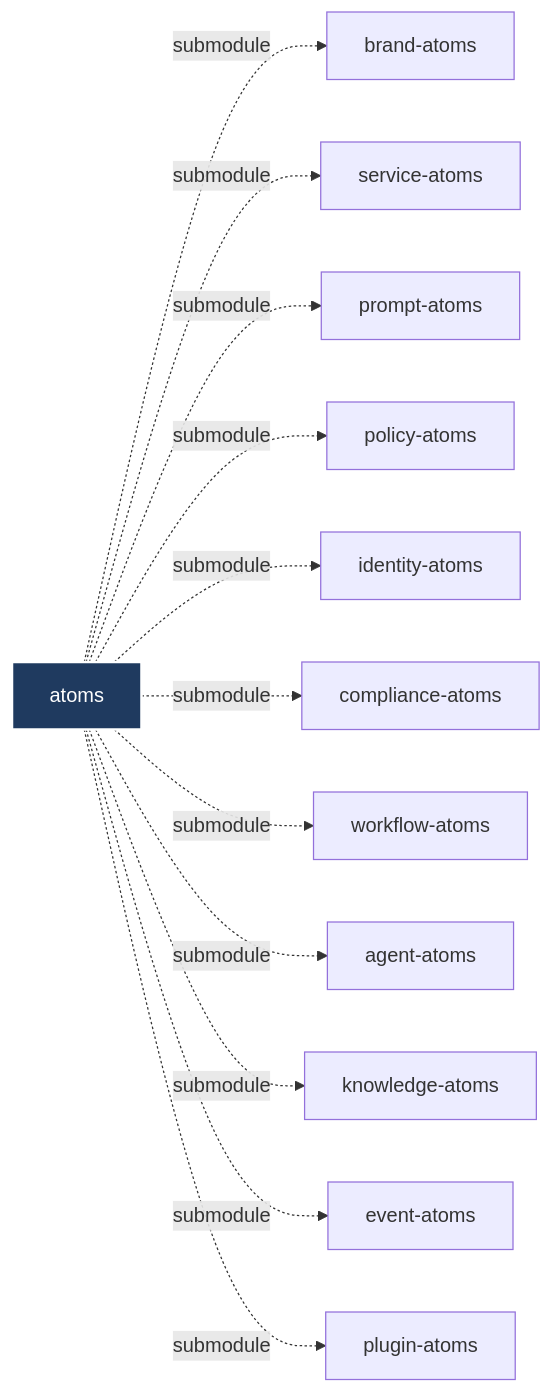
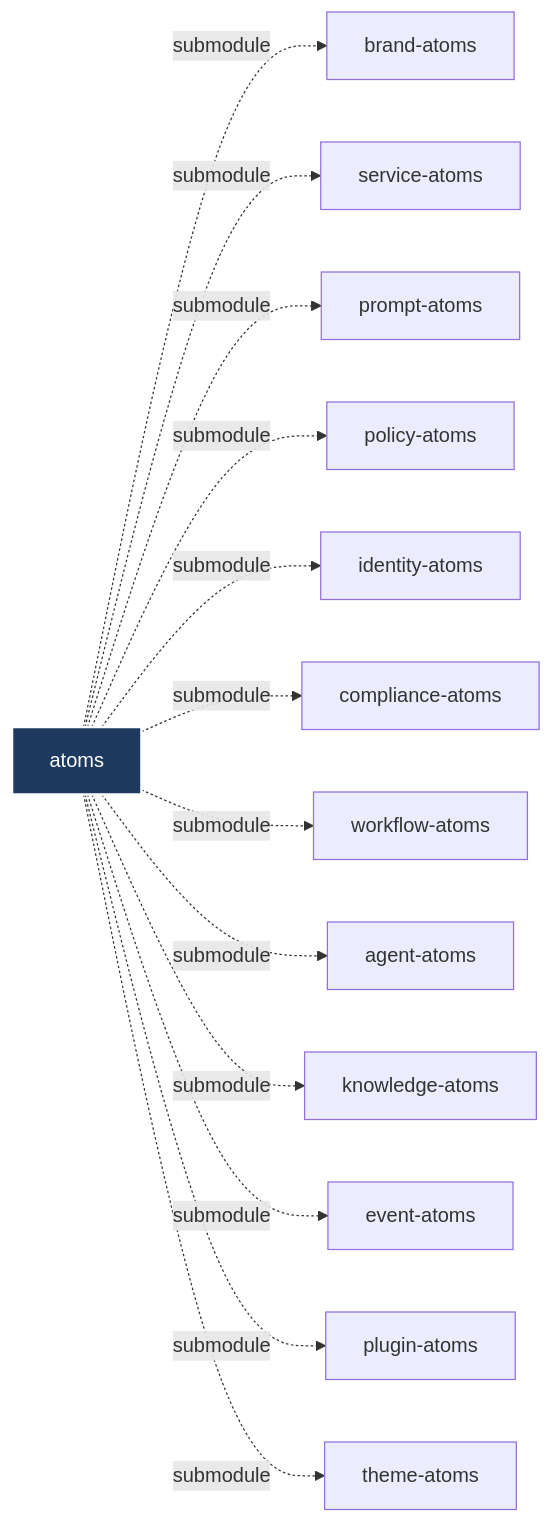
One commit to convergent-systems-co/atoms changed the diagram in README.md. Above: the diagram before and after it, drawn with Mermaid. The commit also changed other lines of this file and 1 other file, not shown here.

Commit message:
feat: add theme-atoms as 12th catalog submodule
theme-atoms.com newly acquired; catalogs theme primitives for
terminal, shell, editor, and TUI experiences. Surface-specific
extension layer on top of brand-atoms.

````diff
--- a/README.md
+++ b/README.md
@@ -11,16 +11,17 @@
 ```mermaid
 graph LR
     A[atoms]:::umbrella
     A -.->|submodule| BA[brand-atoms]
     A -.->|submodule| SA[service-atoms]
     A -.->|submodule| PA[prompt-atoms]
     A -.->|submodule| POL[policy-atoms]
     A -.->|submodule| IA[identity-atoms]
     A -.->|submodule| CA[compliance-atoms]
     A -.->|submodule| WA[workflow-atoms]
     A -.->|submodule| AA[agent-atoms]
     A -.->|submodule| KA[knowledge-atoms]
     A -.->|submodule| EA[event-atoms]
     A -.->|submodule| PLA[plugin-atoms]
+    A -.->|submodule| TA[theme-atoms]
     classDef umbrella fill:#1f3a5f,color:#fff,stroke:#fff,stroke-width:2px
 ```
````
